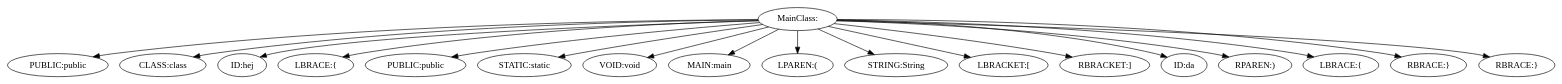
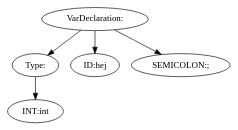
Before and after one commit to JakobAdamsson/Compiler-and-translation-technique: the diagram in assignment1/assignment/tree.dot, drawn with Graphviz. The commit also changed 51 other files, not shown here.

```diff
--- a/assignment1/assignment/tree.dot
+++ b/assignment1/assignment/tree.dot
@@ -1,37 +1,11 @@
 digraph {
-n0 [label="MainClass:"];
-n1 [label="PUBLIC:public"];
+n0 [label="VarDeclaration:"];
+n1 [label="Type:"];
+n2 [label="INT:int"];
+n1 -> n2
 n0 -> n1
-n2 [label="CLASS:class"];
-n0 -> n2
 n3 [label="ID:hej"];
 n0 -> n3
-n4 [label="LBRACE:{"];
+n4 [label="SEMICOLON:;"];
 n0 -> n4
-n5 [label="PUBLIC:public"];
-n0 -> n5
-n6 [label="STATIC:static"];
-n0 -> n6
-n7 [label="VOID:void"];
-n0 -> n7
-n8 [label="MAIN:main"];
-n0 -> n8
-n9 [label="LPAREN:("];
-n0 -> n9
-n10 [label="STRING:String"];
-n0 -> n10
-n11 [label="LBRACKET:["];
-n0 -> n11
-n12 [label="RBRACKET:]"];
-n0 -> n12
-n13 [label="ID:da"];
-n0 -> n13
-n14 [label="RPAREN:)"];
-n0 -> n14
-n15 [label="LBRACE:{"];
-n0 -> n15
-n16 [label="RBRACE:}"];
-n0 -> n16
-n17 [label="RBRACE:}"];
-n0 -> n17
 }
```
